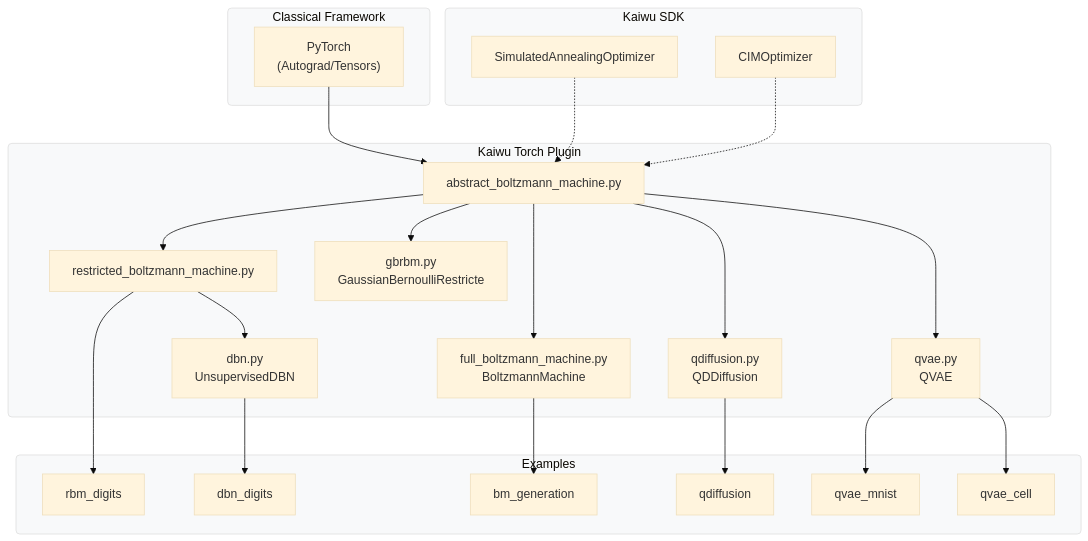
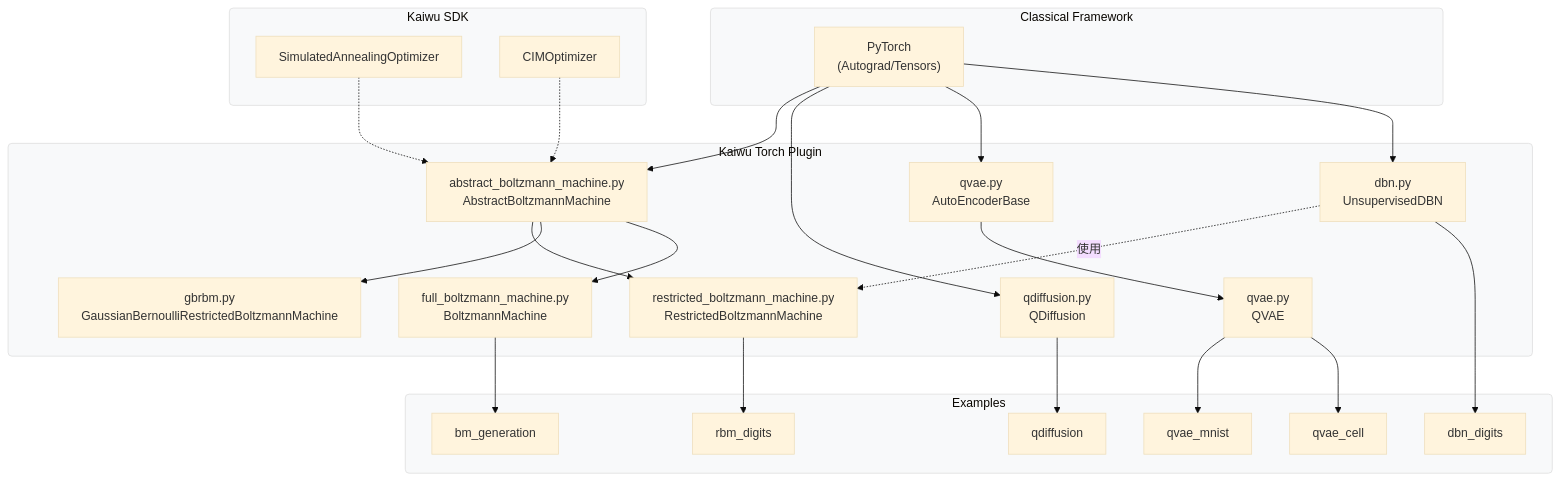
The diagram in README_ZH.md (qboson/kaiwu-pytorch-plugin), drawn with Mermaid (base theme) before and after one commit. The commit also changed 1 other file, not shown here.

Commit message:
docs: align architecture diagrams with the plugin classes

````diff
--- a/README_ZH.md
+++ b/README_ZH.md
@@ -19,64 +19,67 @@
 ```mermaid
 graph TD
     %% 定义子图样式（可选）
     classDef subGraph fill:#f8f9fa,stroke:#ddd,stroke-width:1px,rx:5,ry:5;
 
     subgraph Classical_Framework ["Classical Framework"]
         PyTorch["PyTorch<br>(Autograd/Tensors)"]:::node
     end
 
     %% 1. 右上模块名字只需要保留 Kaiwu SDK
     subgraph Kaiwu_SDK ["Kaiwu SDK"]
         SA["SimulatedAnnealingOptimizer"]:::node
         CIM["CIMOptimizer"]:::node
     end
 
     %% 2. 中间模块名字显示完整：Kaiwu Torch Plugin
     subgraph Torch_Plugin ["Kaiwu Torch Plugin"]
-        Abstract["abstract_boltzmann_machine.py"]:::node
-        RBM["restricted_boltzmann_machine.py"]:::node
-        GBRBM["gbrbm.py<br>GaussianBernoulliRestricte"]:::node
+        Abstract["abstract_boltzmann_machine.py<br>AbstractBoltzmannMachine"]:::node
+        RBM["restricted_boltzmann_machine.py<br>RestrictedBoltzmannMachine"]:::node
+        GBRBM["gbrbm.py<br>GaussianBernoulliRestrictedBoltzmannMachine"]:::node
         FullBM["full_boltzmann_machine.py<br>BoltzmannMachine"]:::node
-        QDiff["qdiffusion.py<br>QDDiffusion"]:::node
+        QDiff["qdiffusion.py<br>QDiffusion"]:::node
+        AutoEncoder["qvae.py<br>AutoEncoderBase"]:::node
         QVAE["qvae.py<br>QVAE"]:::node
         
         %% 3. dbn.py 作为 RBM 的下链，且保持在 Kaiwu Torch Plugin 层中
         DBN["dbn.py<br>UnsupervisedDBN"]:::node
     end
 
     %% 4. 最下面模块名字为 Examples，不需要 "[]"
     subgraph Examples
         rbm_digits["rbm_digits"]:::node
         dbn_digits["dbn_digits"]:::node
         bm_generation["bm_generation"]:::node
         qdiffusion["qdiffusion"]:::node
         qvae_mnist["qvae_mnist"]:::node
         qvae_cell["qvae_cell"]:::node
     end
 
     %% -------- 连线逻辑 --------
     %% 上层框架指向插件
     PyTorch --> Abstract
+    PyTorch --> QDiff
+    PyTorch --> AutoEncoder
+    PyTorch --> DBN
     SA -.-> Abstract
     CIM -.-> Abstract
 
-    %% 插件层内部的继承/实现关系
+    %% 插件类之间的继承关系
     Abstract --> RBM
     Abstract --> GBRBM
     Abstract --> FullBM
-    Abstract --> QDiff
-    Abstract --> QVAE
+    AutoEncoder --> QVAE
 
-    RBM --> DBN
+    DBN -. 使用 .-> RBM
 
     %% 插件层指向示例层
     RBM --> rbm_digits
     DBN --> dbn_digits
     FullBM --> bm_generation
     QDiff --> qdiffusion
     QVAE --> qvae_mnist
     QVAE --> qvae_cell
 
     %% 应用子图背景样式
     class Classical_Framework,Kaiwu_SDK,Torch_Plugin,Examples subGraph;
 ```
````
